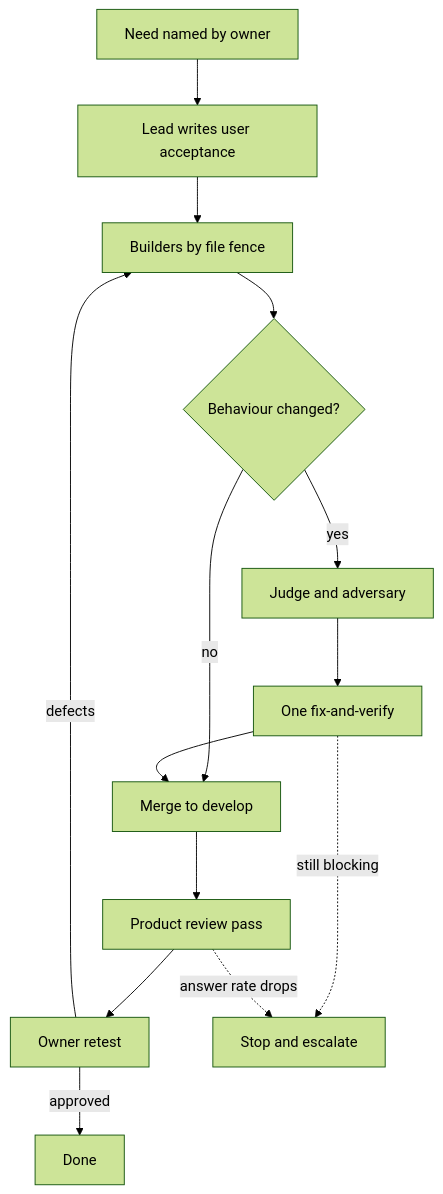
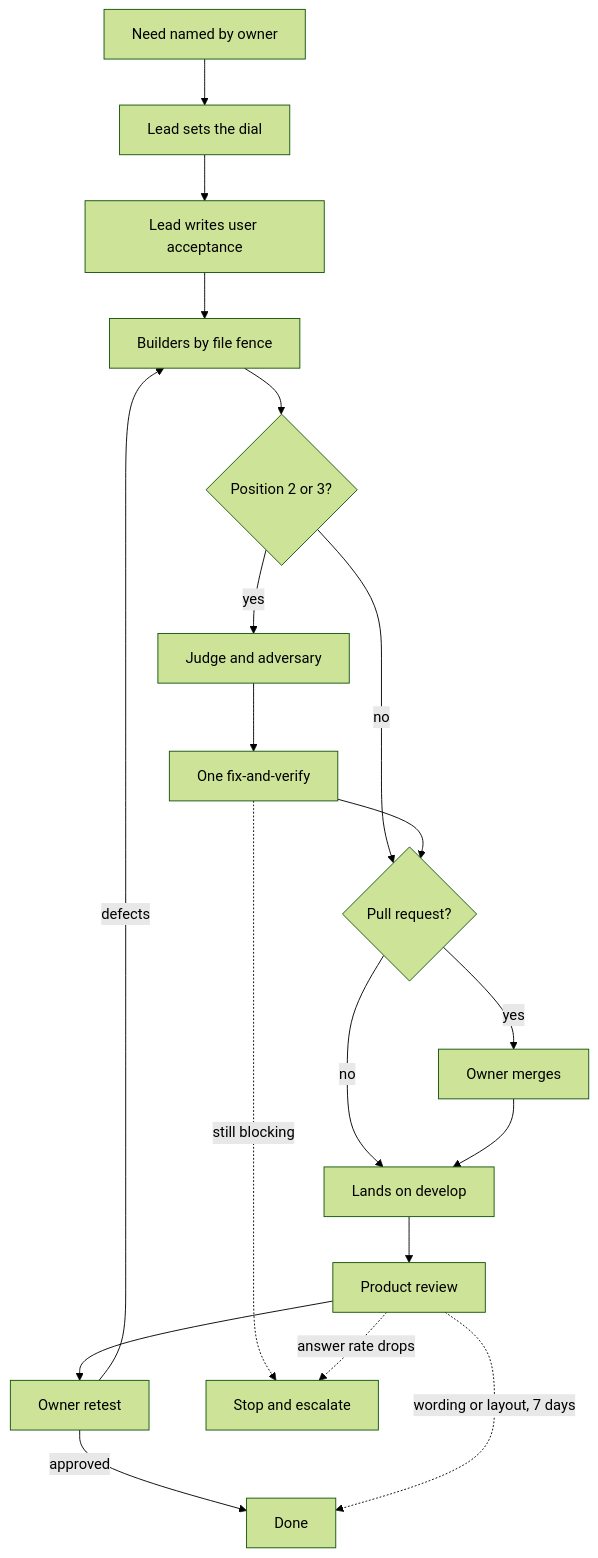
One commit to monideep2255/agentic-search-ui changed the diagram in .claude/skills/bossman-mode/SKILL.md. Above: the diagram before and after it, drawn with Mermaid (forest theme). The commit also changed other lines of this file and 6 other files, not shown here.

````diff
--- a/.claude/skills/bossman-mode/SKILL.md
+++ b/.claude/skills/bossman-mode/SKILL.md
@@ -109,16 +161,21 @@
 ```mermaid
 flowchart TD
-  A[Need named by owner] --> B[Lead writes user acceptance]
-  B --> C[Builders by file fence]
-  C --> D{Behaviour changed?}
-  D -- yes --> E[Judge and adversary]
-  D -- no --> G[Merge to develop]
-  E --> F[One fix-and-verify]
-  F --> G
-  G --> H[Product review pass]
-  H --> I[Owner retest]
-  I -- approved --> J[Done]
-  I -- defects --> C
-  F -. still blocking .-> K[Stop and escalate]
-  H -. answer rate drops .-> K
+  A[Need named by owner] --> B[Lead sets the dial]
+  B --> C[Lead writes user acceptance]
+  C --> D[Builders by file fence]
+  D --> E{Position 2 or 3?}
+  E -- yes --> F[Judge and adversary]
+  F --> G[One fix-and-verify]
+  E -- no --> H{Pull request?}
+  G --> H
+  H -- yes --> I[Owner merges]
+  H -- no --> J[Lands on develop]
+  I --> J
+  J --> K[Product review]
+  K --> L[Owner retest]
+  L -- approved --> M[Done]
+  K -. wording or layout, 7 days .-> M
+  L -- defects --> D
+  G -. still blocking .-> N[Stop and escalate]
+  K -. answer rate drops .-> N
 ```
````
